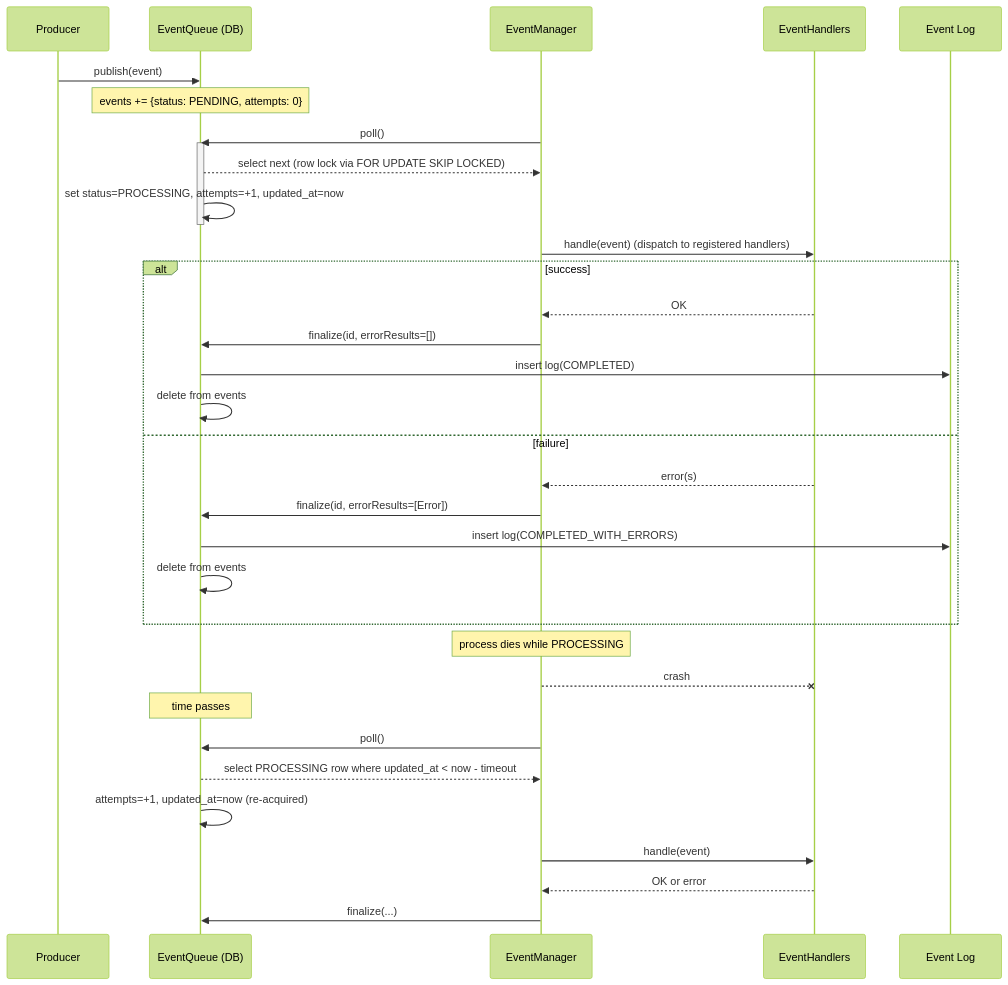
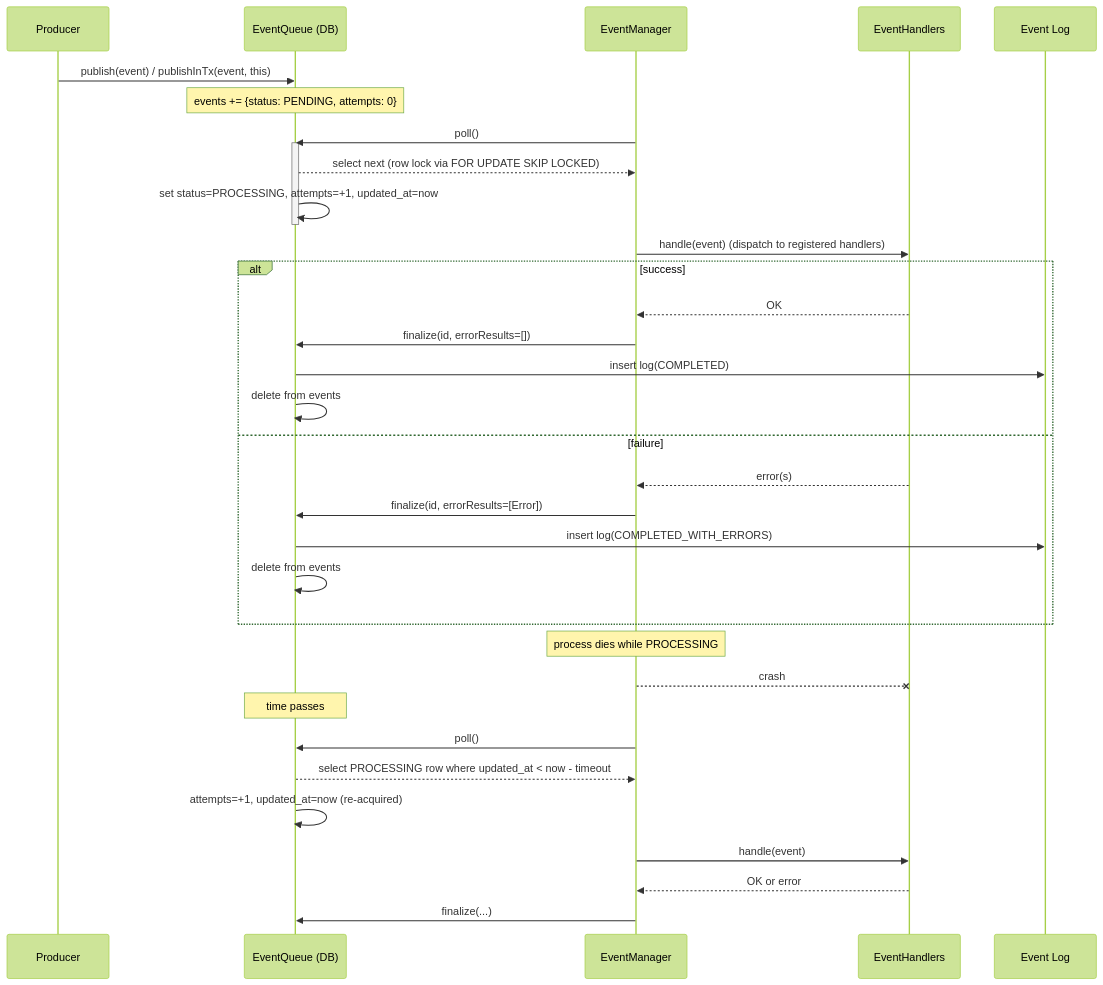
The first of 2 diagrams in backend/src/main/kotlin/no/nav/ekspertbistand/event/README.md (navikt/ekspertbistand), drawn with Mermaid (forest theme) before and after one commit. The commit also changed other lines of this file and 15 other files, not shown here.

First line of the commit message:
refactor(event): del EventQueue.publish i publish + publishInTx

````diff
--- a/backend/src/main/kotlin/no/nav/ekspertbistand/event/README.md
+++ b/backend/src/main/kotlin/no/nav/ekspertbistand/event/README.md
@@ -30,40 +44,40 @@
 ```mermaid
 sequenceDiagram
     participant P as Producer
     participant Q as EventQueue (DB)
     participant M as EventManager
     participant H as EventHandlers
     participant L as Event Log
 
-    P->>Q: publish(event)
+    P->>Q: publish(event) / publishInTx(event, this)
     Note over Q: events += {status: PENDING, attempts: 0}
 
     M->>Q: poll()
     activate Q
     Q-->>M: select next (row lock via FOR UPDATE SKIP LOCKED)
     Q->>Q: set status=PROCESSING, attempts=+1, updated_at=now
     deactivate Q
 
     M->>H: handle(event) (dispatch to registered handlers)
     alt success
       H-->>M: OK
       M->>Q: finalize(id, errorResults=[])
       Q->>L: insert log(COMPLETED)
       Q->>Q: delete from events
     else failure
       H-->>M: error(s)
       M->>Q: finalize(id, errorResults=[Error])
       Q->>L: insert log(COMPLETED_WITH_ERRORS)
       Q->>Q: delete from events
     end
 
     Note over M: process dies while PROCESSING
     M--xH: crash
     Note over Q: time passes
     M->>Q: poll()
     Q-->>M: select PROCESSING row where updated_at < now - timeout
     Q->>Q: attempts=+1, updated_at=now (re-acquired)
     M->>H: handle(event)
     H-->>M: OK or error
     M->>Q: finalize(...)
 ```
````
